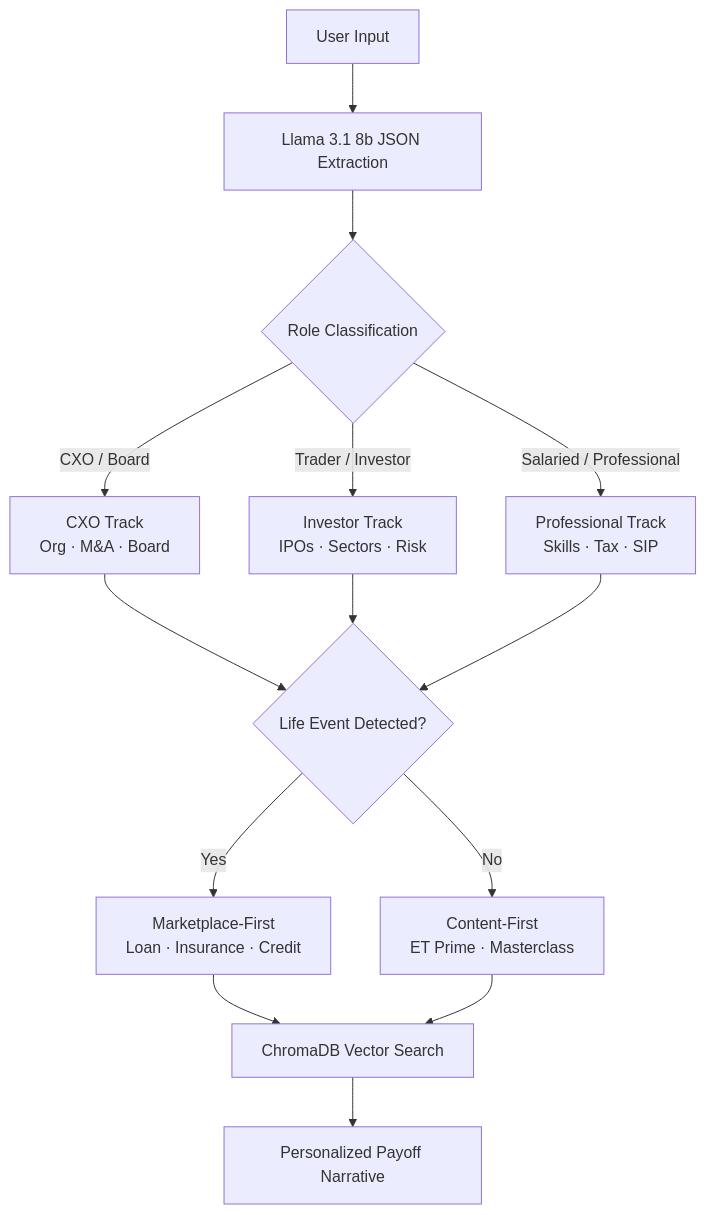
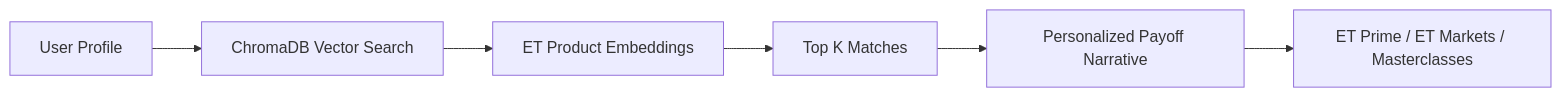
The third of 6 diagrams in README.md (HarshitKumawat09/ET_AIConcierge), drawn with Mermaid before and after one commit. The commit also changed other lines of this file and 56 other files, not shown here.

````diff
--- a/README.md
+++ b/README.md
@@ -282,13 +181,8 @@
 ```mermaid
-flowchart TD
-    A[User Input] --> B[Llama 3.1 8b JSON Extraction]
-    B --> C{Role Classification}
-    C -->|CXO / Board| D[CXO Track\nOrg · M&A · Board]
-    C -->|Trader / Investor| E[Investor Track\nIPOs · Sectors · Risk]
-    C -->|Salaried / Professional| F[Professional Track\nSkills · Tax · SIP]
-    D & E & F --> G{Life Event Detected?}
-    G -->|Yes| H[Marketplace-First\nLoan · Insurance · Credit]
-    G -->|No| I[Content-First\nET Prime · Masterclass]
-    H & I --> J[ChromaDB Vector Search]
-    J --> K[Personalized Payoff Narrative]
+flowchart LR
+    A[User Profile] --> B[ChromaDB Vector Search]
+    B --> C[ET Product Embeddings]
+    C --> D[Top K Matches]
+    D --> E[Personalized Payoff Narrative]
+    E --> F[ET Prime / ET Markets / Masterclasses]
 ```
````
